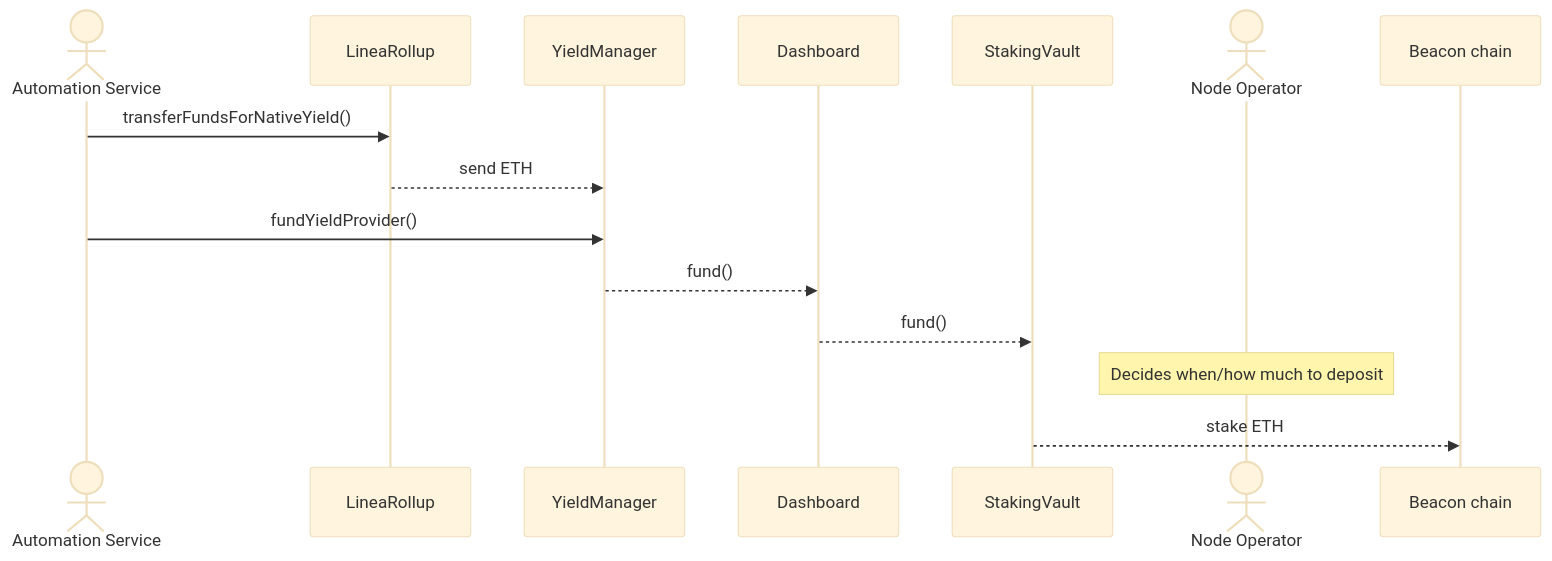
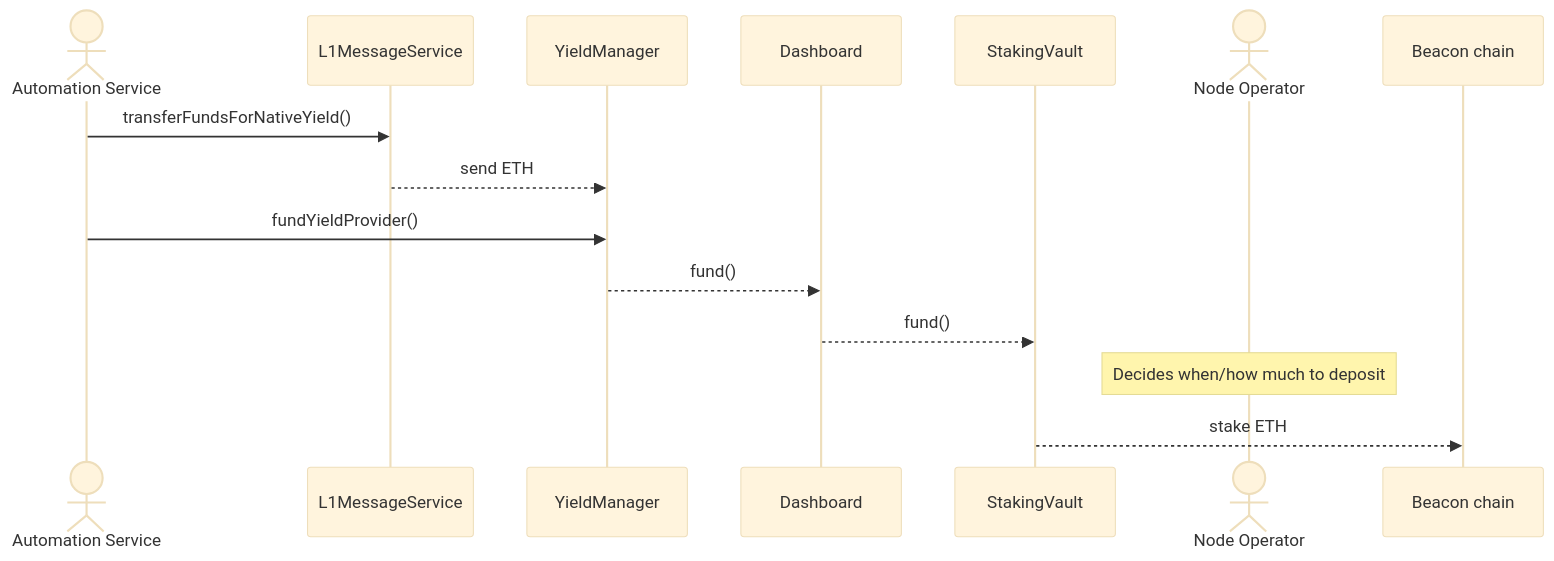
Before and after one commit to Consensys/doc.linea: the third of 8 diagrams in docs/protocol/yield-boost-architecture.mdx, drawn with Mermaid (base theme). The commit also changed other lines of this file and 1 other file, not shown here.

First line of the commit message:
docs: align Yield Boost safety and liveness claims

````diff
--- a/docs/protocol/yield-boost-architecture.mdx
+++ b/docs/protocol/yield-boost-architecture.mdx
@@ -162,18 +245,18 @@
 ```mermaid
 sequenceDiagram
     actor Auto as Automation Service
-    participant BR as LineaRollup
+    participant L1 as L1MessageService
     participant YM as YieldManager
     participant DB as Dashboard
     participant SV as StakingVault
     actor NO as Node Operator
     participant BC as Beacon chain
 
-    Auto->>BR: transferFundsForNativeYield()
-    BR-->>YM: send ETH
+    Auto->>L1: transferFundsForNativeYield()
+    L1-->>YM: send ETH
     Auto->>YM: fundYieldProvider()
     YM-->>DB: fund()
     DB-->>SV: fund()
     Note over NO: Decides when/how much to deposit
     SV-->>BC: stake ETH
 ```
````
